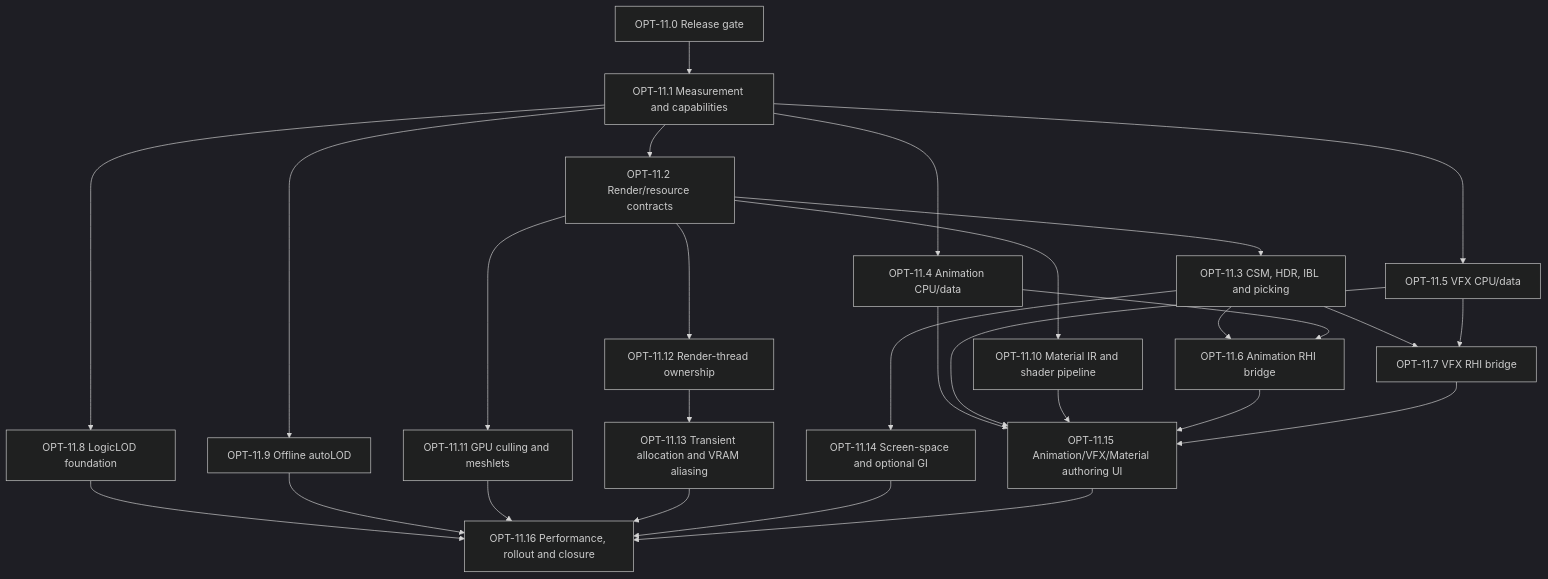
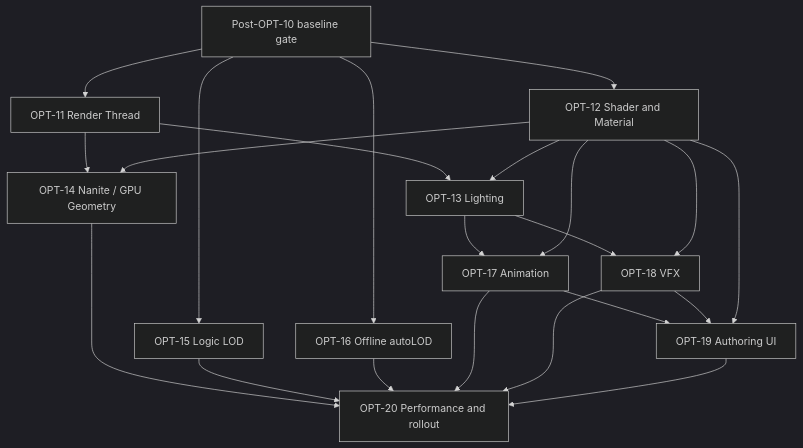
The diagram in docs/design/POST_OPT10_PROGRAM_PLAN.md (nguyenphong0210/AxleEngine), drawn with Mermaid (dark theme) before and after one commit. The commit also changed other lines of this file and 2 other files, not shown here.

Commit message:
docs: split post-opt10 into top-level opts

````diff
--- a/docs/design/POST_OPT10_PROGRAM_PLAN.md
+++ b/docs/design/POST_OPT10_PROGRAM_PLAN.md
@@ -30,30 +16,24 @@
 ```mermaid
 flowchart TD
-    A[OPT-11.0 Release gate] --> B[OPT-11.1 Measurement and capabilities]
-    B --> C[OPT-11.2 Render/resource contracts]
-    C --> D[OPT-11.3 CSM, HDR, IBL and picking]
-    B --> E[OPT-11.4 Animation CPU/data]
-    B --> F[OPT-11.5 VFX CPU/data]
-    D --> G[OPT-11.6 Animation RHI bridge]
-    D --> H[OPT-11.7 VFX RHI bridge]
-    E --> G
-    F --> H
-    B --> I[OPT-11.8 LogicLOD foundation]
-    B --> J[OPT-11.9 Offline autoLOD]
-    C --> K[OPT-11.10 Material IR and shader pipeline]
-    C --> L[OPT-11.11 GPU culling and meshlets]
-    C --> M[OPT-11.12 Render-thread ownership]
-    M --> N[OPT-11.13 Transient allocation and VRAM aliasing]
-    D --> O[OPT-11.14 Screen-space and optional GI]
-    E --> P[OPT-11.15 Animation/VFX/Material authoring UI]
-    F --> P
-    K --> P
-    G --> P
-    H --> P
-    I --> Q[OPT-11.16 Performance, rollout and closure]
-    J --> Q
-    L --> Q
-    N --> Q
-    O --> Q
-    P --> Q
+    Gate[Post-OPT-10 baseline gate] --> O11[OPT-11 Render Thread]
+    Gate --> O12[OPT-12 Shader and Material]
+    O11 --> O13[OPT-13 Lighting]
+    O12 --> O13
+    O11 --> O14[OPT-14 Nanite / GPU Geometry]
+    O12 --> O14
+    Gate --> O15[OPT-15 Logic LOD]
+    Gate --> O16[OPT-16 Offline autoLOD]
+    O13 --> O17[OPT-17 Animation]
+    O12 --> O17
+    O13 --> O18[OPT-18 VFX]
+    O12 --> O18
+    O17 --> O19[OPT-19 Authoring UI]
+    O18 --> O19
+    O12 --> O19
+    O14 --> O20[OPT-20 Performance and rollout]
+    O15 --> O20
+    O16 --> O20
+    O17 --> O20
+    O18 --> O20
+    O19 --> O20
 ```
````
